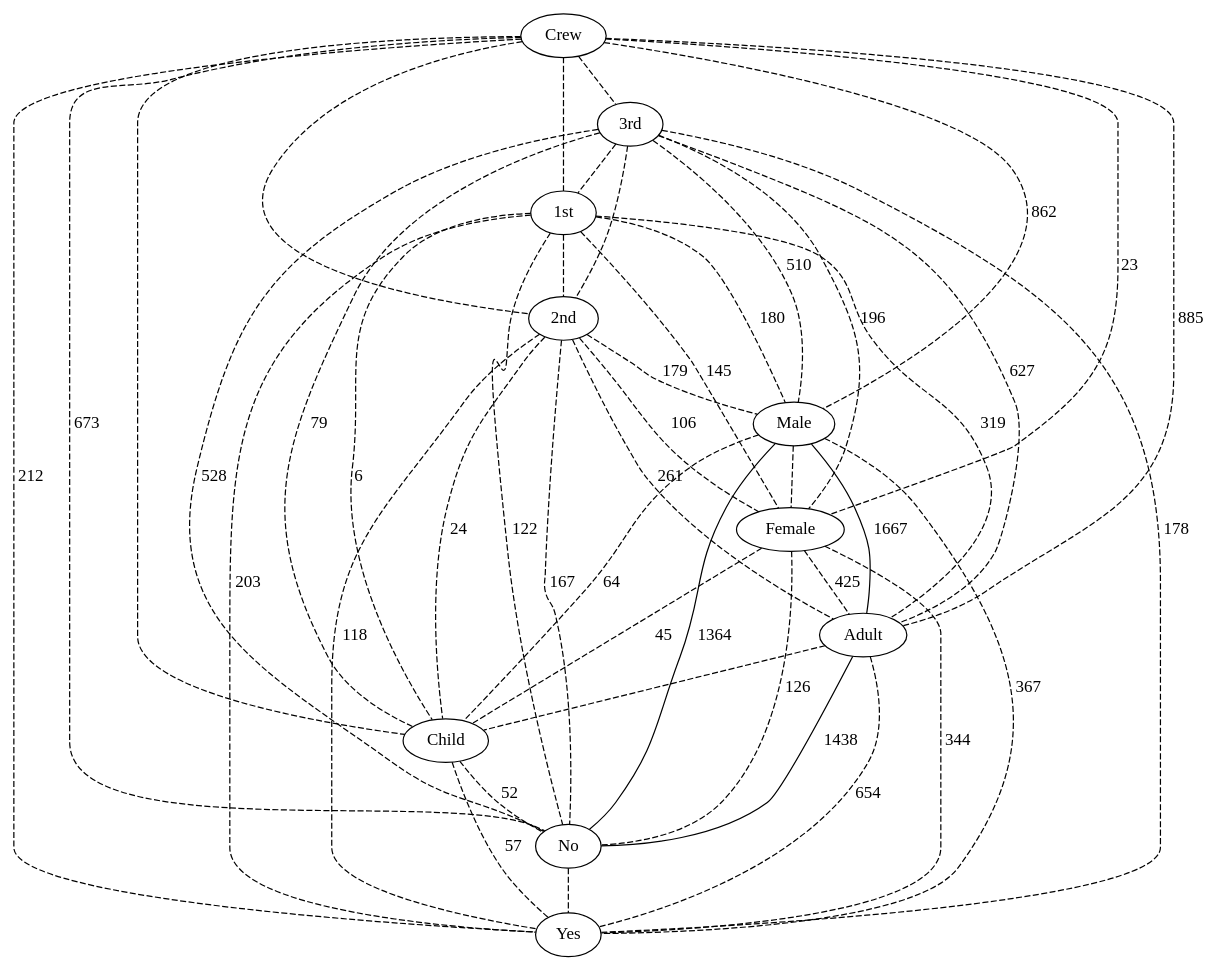
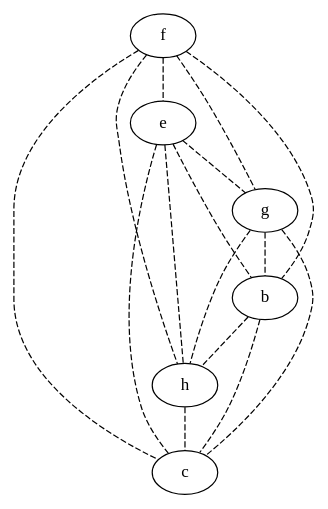
One commit to lrodrin/TFG changed the diagram in src/extension/plainGraph_with_threshold.dot. Above: the diagram before and after it, drawn with Graphviz. The commit also changed 9 other files, not shown here.

```diff
--- a/src/extension/plainGraph_with_threshold.dot
+++ b/src/extension/plainGraph_with_threshold.dot
@@ -1,57 +1,23 @@
 strict graph "" {
-Crew;
-"3rd";
-"1st";
-"2nd";
-Male;
-Female;
-Adult;
-Child;
-No;
-Yes;
-Crew -- "3rd"  [color=black, style=dashed];
-Crew -- "1st"  [color=black, style=dashed];
-Crew -- "2nd"  [color=black, style=dashed];
-Crew -- Male  [color=black, label=862, style=dashed];
-Crew -- Female  [color=black, label=23, style=dashed];
-Crew -- Adult  [color=black, label=885, style=dashed];
-Crew -- Child  [color=black, style=dashed];
-Crew -- No  [color=black, label=673, style=dashed];
-Crew -- Yes  [color=black, label=212, style=dashed];
-"3rd" -- "1st"  [color=black, style=dashed];
-"3rd" -- "2nd"  [color=black, style=dashed];
-"3rd" -- Male  [color=black, label=510, style=dashed];
-"3rd" -- Female  [color=black, label=196, style=dashed];
-"3rd" -- Adult  [color=black, label=627, style=dashed];
-"3rd" -- Child  [color=black, label=79, style=dashed];
-"3rd" -- No  [color=black, label=528, style=dashed];
-"3rd" -- Yes  [color=black, label=178, style=dashed];
-"1st" -- "2nd"  [color=black, style=dashed];
-"1st" -- Male  [color=black, label=180, style=dashed];
-"1st" -- Female  [color=black, label=145, style=dashed];
-"1st" -- Adult  [color=black, label=319, style=dashed];
-"1st" -- Child  [color=black, label=6, style=dashed];
-"1st" -- No  [color=black, label=122, style=dashed];
-"1st" -- Yes  [color=black, label=203, style=dashed];
-"2nd" -- Male  [color=black, label=179, style=dashed];
-"2nd" -- Female  [color=black, label=106, style=dashed];
-"2nd" -- Adult  [color=black, label=261, style=dashed];
-"2nd" -- Child  [color=black, label=24, style=dashed];
-"2nd" -- No  [color=black, label=167, style=dashed];
-"2nd" -- Yes  [color=black, label=118, style=dashed];
-Male -- Female  [color=black, style=dashed];
-Male -- Adult  [color=black, label=1667, style=solid];
-Male -- Child  [color=black, label=64, style=dashed];
-Male -- No  [color=black, label=1364, style=solid];
-Male -- Yes  [color=black, label=367, style=dashed];
-Female -- Adult  [color=black, label=425, style=dashed];
-Female -- Child  [color=black, label=45, style=dashed];
-Female -- No  [color=black, label=126, style=dashed];
-Female -- Yes  [color=black, label=344, style=dashed];
-Adult -- Child  [color=black, style=dashed];
-Adult -- No  [color=black, label=1438, style=solid];
-Adult -- Yes  [color=black, label=654, style=dashed];
-Child -- No  [color=black, label=52, style=dashed];
-Child -- Yes  [color=black, label=57, style=dashed];
-No -- Yes  [color=black, style=dashed];
+f;
+e;
+g;
+b;
+h;
+c;
+f -- e  [color=black, style=dashed];
+f -- g  [color=black, style=dashed];
+f -- b  [color=black, style=dashed];
+f -- h  [color=black, style=dashed];
+f -- c  [color=black, style=dashed];
+e -- g  [color=black, style=dashed];
+e -- b  [color=black, style=dashed];
+e -- h  [color=black, style=dashed];
+e -- c  [color=black, style=dashed];
+g -- b  [color=black, style=dashed];
+g -- h  [color=black, style=dashed];
+g -- c  [color=black, style=dashed];
+b -- h  [color=black, style=dashed];
+b -- c  [color=black, style=dashed];
+h -- c  [color=black, style=dashed];
 }
```
